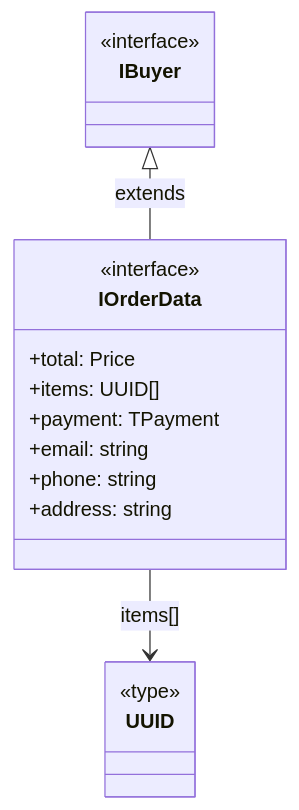
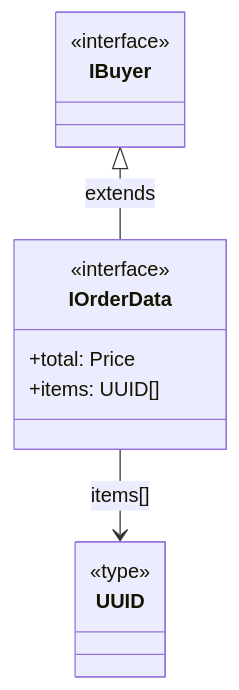
One commit to vvk2020/weblarek changed the fourth of 15 diagrams in README.md. Above: the diagram before and after it, drawn with Mermaid. The commit also changed other lines of this file and 5 other files, not shown here.

````diff
--- a/README.md
+++ b/README.md
@@ -202,23 +205,19 @@
 ```mermaid
 classDiagram
     class IOrderData {
         <<interface>>
         +total: Price
         +items: UUID[]
-        +payment: TPayment
-        +email: string
-        +phone: string
-        +address: string
     }
 
     class IBuyer {
         <<interface>>
     }
 
     class UUID {
         <<type>>
     }
 
     IBuyer <|-- IOrderData : extends
     IOrderData --> UUID : items[]
 ```
````
